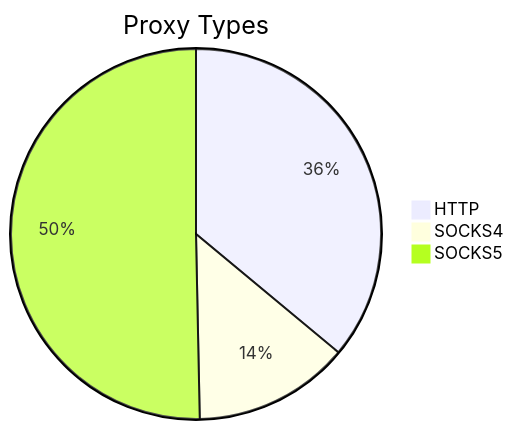
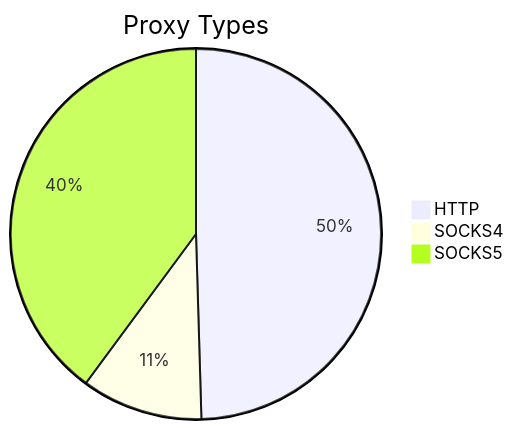
One commit to stormsia/proxy-list changed the first of 2 diagrams in README.md. Above: the diagram before and after it, drawn with Mermaid. The commit also changed other lines of this file, not shown here.

````diff
--- a/README.md
+++ b/README.md
@@ -21,6 +21,6 @@
 ```mermaid
 pie title Proxy Types
-    "HTTP" : 111
-    "SOCKS4" : 42
-    "SOCKS5" : 155
+    "HTTP" : 159
+    "SOCKS4" : 34
+    "SOCKS5" : 128
 ```
````
